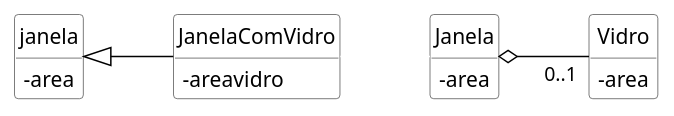
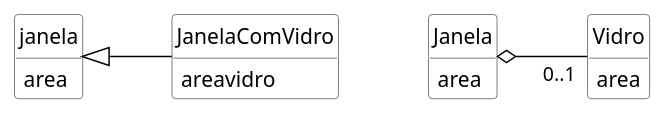
One commit to kyriosdata/oo changed the diagram in imagens/modelos-03/mod03ima03/mod03ima03.plantuml. Above: the diagram before and after it, drawn with PlantUML. The commit also changed 1 other file, not shown here.

```diff
--- a/imagens/modelos-03/mod03ima03/mod03ima03.plantuml
+++ b/imagens/modelos-03/mod03ima03/mod03ima03.plantuml
@@ -1,24 +1,24 @@
 @startuml mod03ima03
 hide circle
 hide methods
 hide empty members
 
 skinparam class {
     BackgroundColor White
     ArrowColor Black
     BorderColor #505050
 }
 skinparam classAttributeIconSize 0 
 class "janela" as o1
 class "JanelaComVidro" as o2
 class "Janela" as o3
 class "Vidro" as o4
-o1 : -area 
-o2 : -areavidro 
-o3 : -area 
-o4 : -area
+o1 : area 
+o2 : areavidro 
+o3 : area 
+o4 : area
 left to right direction
 o1 <|--o2
 o2 -[#White]- o3
 o3 o-- "0..1"o4
 @enduml
```
